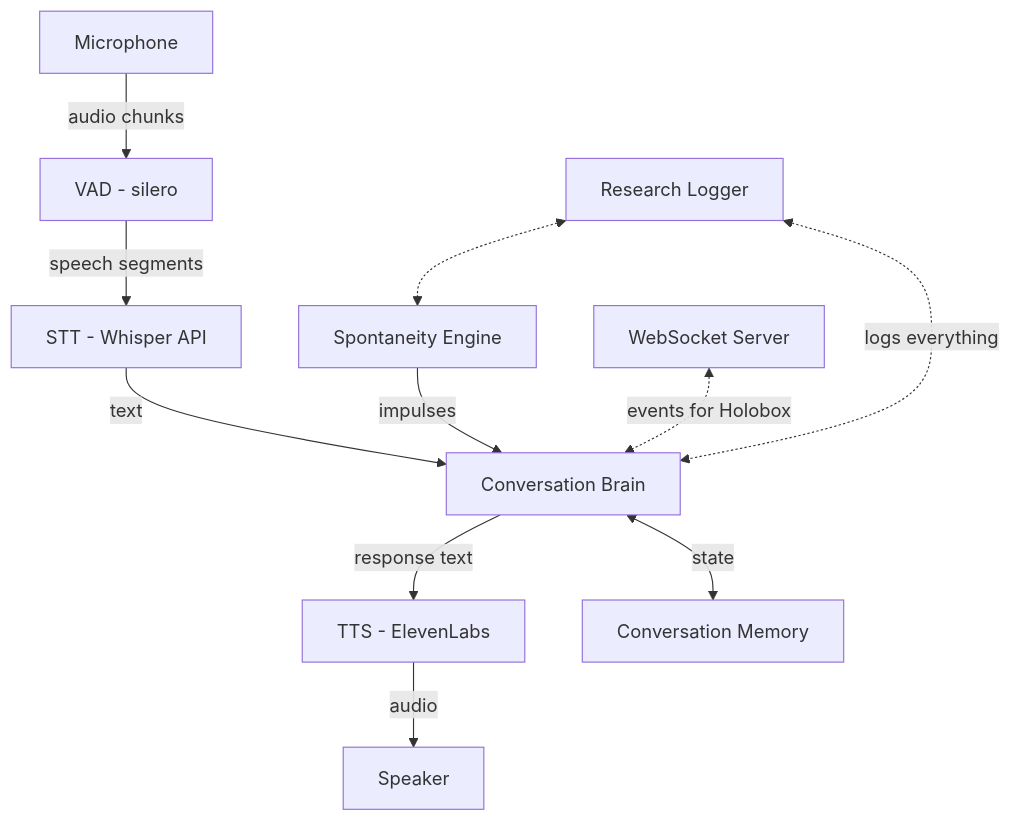
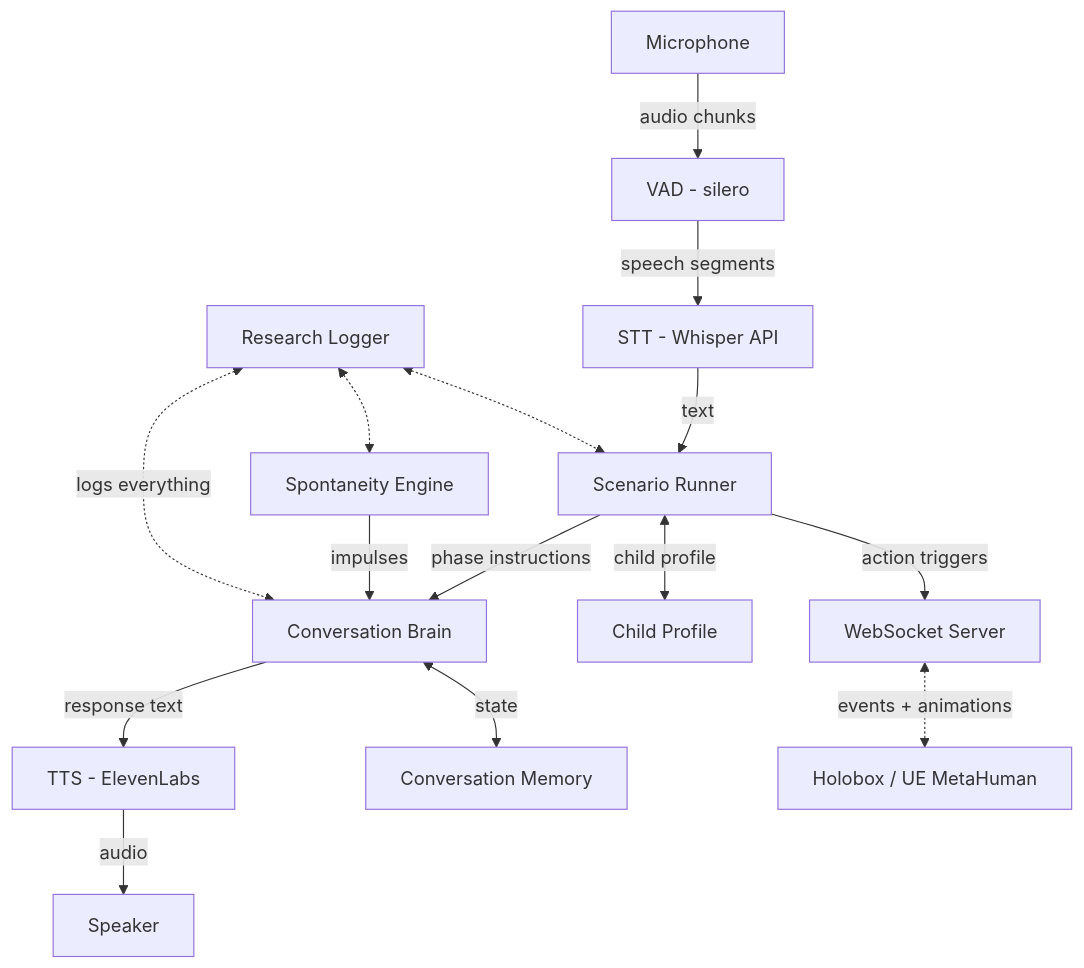
One commit to leonvanbokhorst/holoboxbotpoc changed the diagram in .cursor/plans/holobox_conversational_agent_0ec57fe3.plan.md. Above: the diagram before and after it, drawn with Mermaid. The commit also changed other lines of this file, not shown here.

Commit message:
Enhance Holobox Conversational Agent plan with detailed overview and structured scenario system. Added new todos for scenario engine, child profile, and action triggers. Updated architecture to reflect two-layer interaction model and included YAML phase definitions for Meike's scenarios.

````diff
--- a/.cursor/plans/holobox_conversational_agent_0ec57fe3.plan.md
+++ b/.cursor/plans/holobox_conversational_agent_0ec57fe3.plan.md
@@ -44,16 +59,20 @@
 ```mermaid
 flowchart TD
     Mic[Microphone] -->|audio chunks| VAD[VAD - silero]
     VAD -->|speech segments| STT[STT - Whisper API]
-    STT -->|text| Brain[Conversation Brain]
+    STT -->|text| Scenario[Scenario Runner]
+    Scenario -->|"phase instructions"| Brain[Conversation Brain]
     Spont[Spontaneity Engine] -->|impulses| Brain
     Brain -->|response text| TTS[TTS - ElevenLabs]
     TTS -->|audio| Speaker[Speaker]
 
     Brain <-->|state| Memory[Conversation Memory]
+    Scenario <-->|child profile| Profile[Child Profile]
+    Scenario -->|"action triggers"| WS[WebSocket Server]
 
-    WS[WebSocket Server] <-.->|events for Holobox| Brain
+    WS <-.->|"events + animations"| HB[Holobox / UE MetaHuman]
 
     Logger[Research Logger] <-.->|logs everything| Brain
     Logger <-.-> Spont
+    Logger <-.-> Scenario
 ```
````
